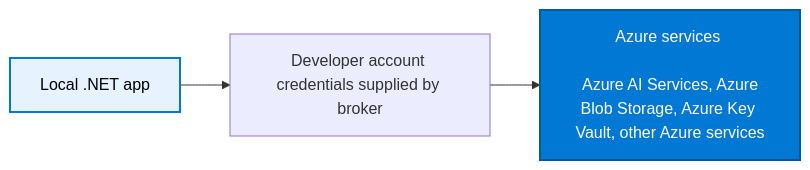
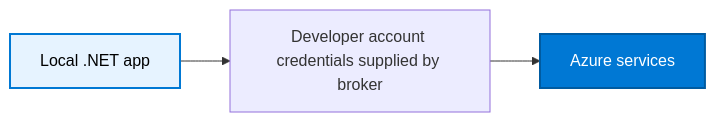
The diagram in docs/azure/sdk/media/mermaidjs/local-broker-authentication.md (dotnet/docs), drawn with Mermaid before and after one commit. The commit also changed 3 other files, not shown here.

````diff
--- a/docs/azure/sdk/media/mermaidjs/local-broker-authentication.md
+++ b/docs/azure/sdk/media/mermaidjs/local-broker-authentication.md
@@ -6,23 +6,23 @@
 ```mermaid
 %% STEPS TO GENERATE IMAGE 
 %% ======================= 
 %% 1. Install mermaid CLI v10.9.1 (see https://github.com/mermaid-js/mermaid-cli/blob/master/README.md): 
 %%    npm i -g @mermaid-js/mermaid-cli@10.9.1 
 %% 2. Run command: mmdc -i local-broker-authentication.md -o ../../media/mermaidjs/local-broker-authentication.svg 
 
 flowchart LR
     APP["Local .NET app"]
     BK["Developer account credentials supplied by broker"]
-    AS["Azure services <br/><br/> Azure AI Services, Azure Blob Storage, Azure Key Vault, other Azure services"]
+    AS["Azure services"]
     
     APP --> BK
     BK --> AS
     
     classDef app fill:#e6f3ff,stroke:#0078d4,stroke-width:2px,color:#000,font-size:16px
     classDef serviceP fill:#D4F4D4,stroke:#7BC97B,stroke-width:2px,color:#000,font-size:16px
     classDef services fill:#0078d4,stroke:#005ba1,stroke-width:2px,color:#fff,font-size:16px
     
     class APP app
     class SP serviceP
     class AS services
 ```
````
